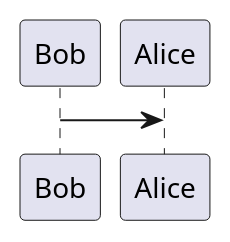
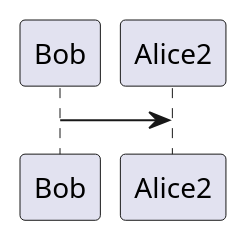
One commit to budgiedownunder/maze changed the diagram in diagrams/maze.puml. Above: the diagram before and after it, drawn with PlantUML. The commit also changed 1 other file, not shown here.

```diff
--- a/diagrams/maze.puml
+++ b/diagrams/maze.puml
@@ -1,3 +1,3 @@
 @startuml maze_project
-Bob->Alice
+Bob->Alice2
 @enduml
```
